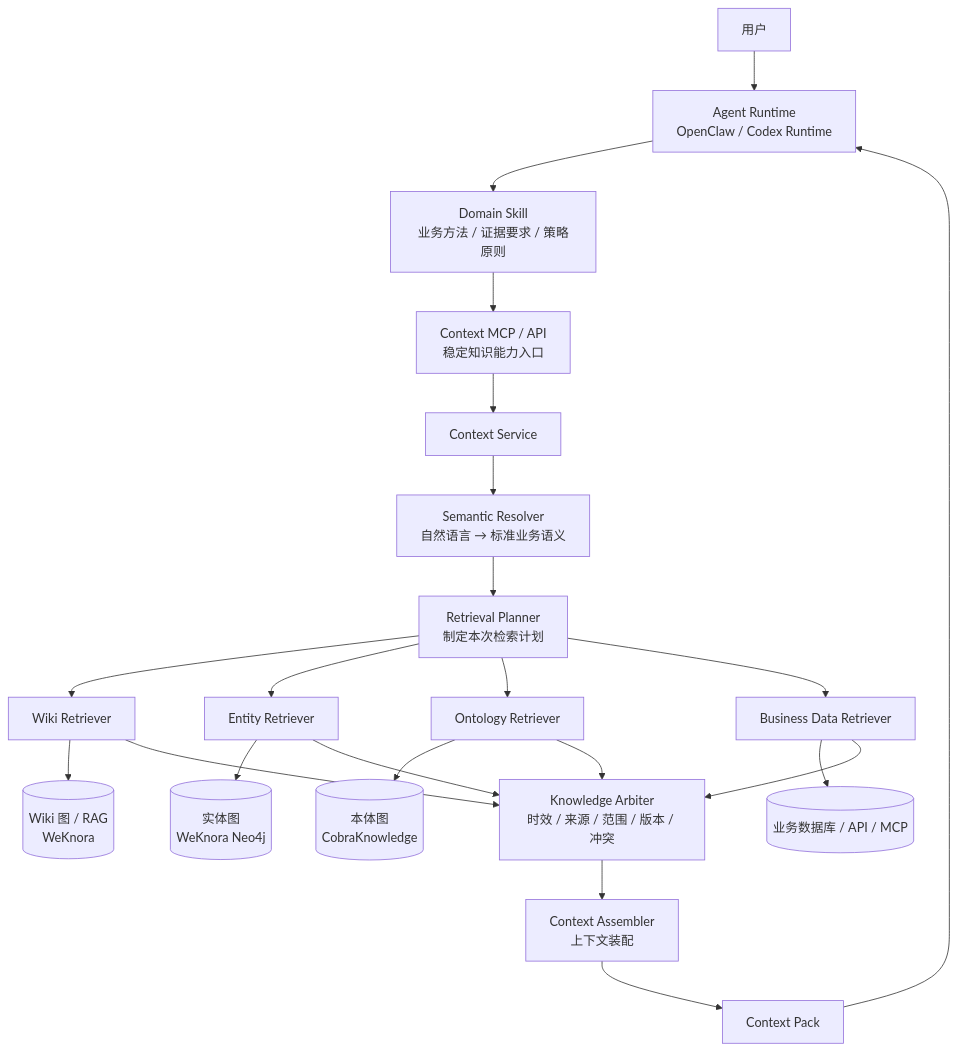
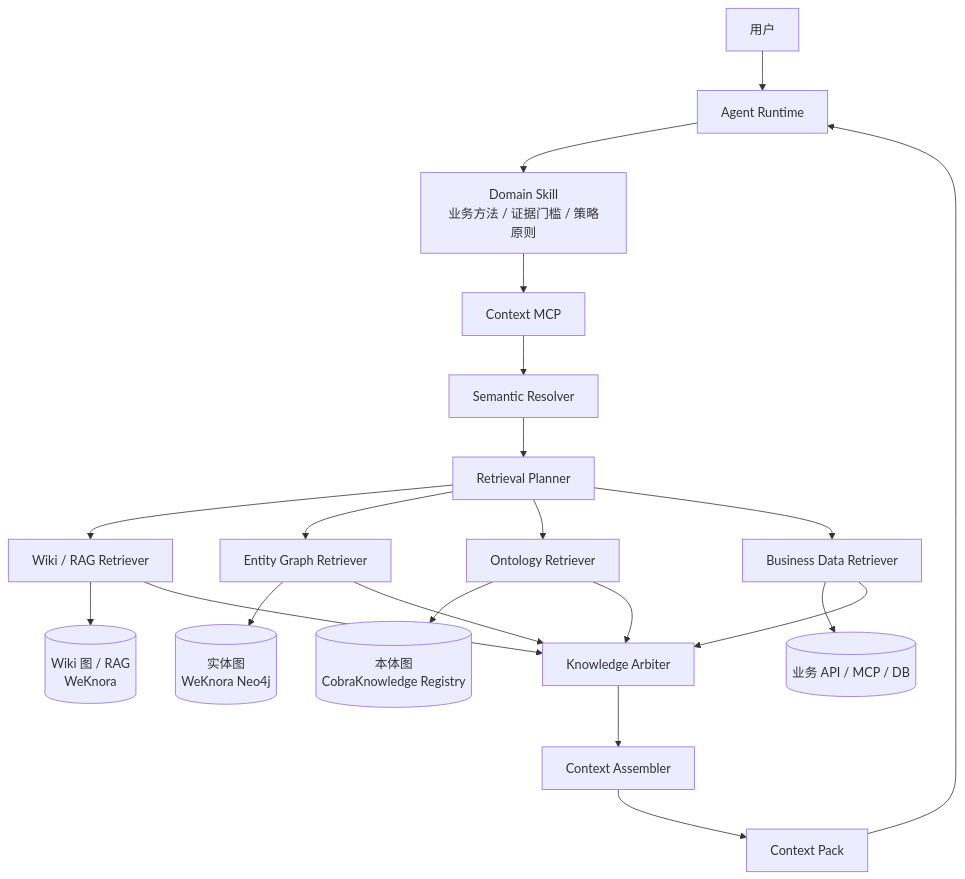
The first of 6 diagrams in README.md (superbuzzy/Weknora-Semantica), drawn with Mermaid before and after one commit. The commit also changed other lines of this file and 23 other files, not shown here.

First line of the commit message:
CobraKnowledge v0.4 — Ontology Registry 与版本治理

````diff
--- a/README.md
+++ b/README.md
@@ -83,30 +26,26 @@
 ```mermaid
 flowchart TB
-    U[用户] --> AR[Agent Runtime<br/>OpenClaw / Codex Runtime]
-    AR --> SK[Domain Skill<br/>业务方法 / 证据要求 / 策略原则]
-    SK --> MCP[Context MCP / API<br/>稳定知识能力入口]
+    U[用户] --> AR[Agent Runtime]
+    AR --> SK[Domain Skill<br/>业务方法 / 证据门槛 / 策略原则]
+    SK --> MCP[Context MCP]
+    MCP --> SR[Semantic Resolver]
+    SR --> RP[Retrieval Planner]
 
-    MCP --> CS[Context Service]
-
-    CS --> SR[Semantic Resolver<br/>自然语言 → 标准业务语义]
-    SR --> RP[Retrieval Planner<br/>制定本次检索计划]
-
-    RP --> WR[Wiki Retriever]
-    RP --> ER[Entity Retriever]
+    RP --> WR[Wiki / RAG Retriever]
+    RP --> ER[Entity Graph Retriever]
     RP --> OR[Ontology Retriever]
     RP --> DR[Business Data Retriever]
 
     WR --> WG[(Wiki 图 / RAG<br/>WeKnora)]
     ER --> EG[(实体图<br/>WeKnora Neo4j)]
-    OR --> OG[(本体图<br/>CobraKnowledge)]
-    DR --> BD[(业务数据库 / API / MCP)]
+    OR --> OG[(本体图<br/>CobraKnowledge Registry)]
+    DR --> BD[(业务 API / MCP / DB)]
 
-    WR --> KA[Knowledge Arbiter<br/>时效 / 来源 / 范围 / 版本 / 冲突]
+    WR --> KA[Knowledge Arbiter]
     ER --> KA
     OR --> KA
     DR --> KA
-
-    KA --> CA[Context Assembler<br/>上下文装配]
+    KA --> CA[Context Assembler]
     CA --> CP[Context Pack]
     CP --> AR
 ```
````
